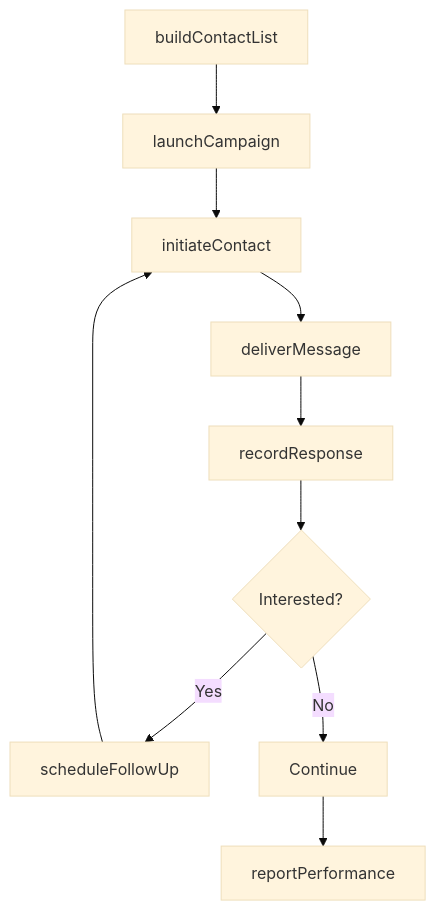
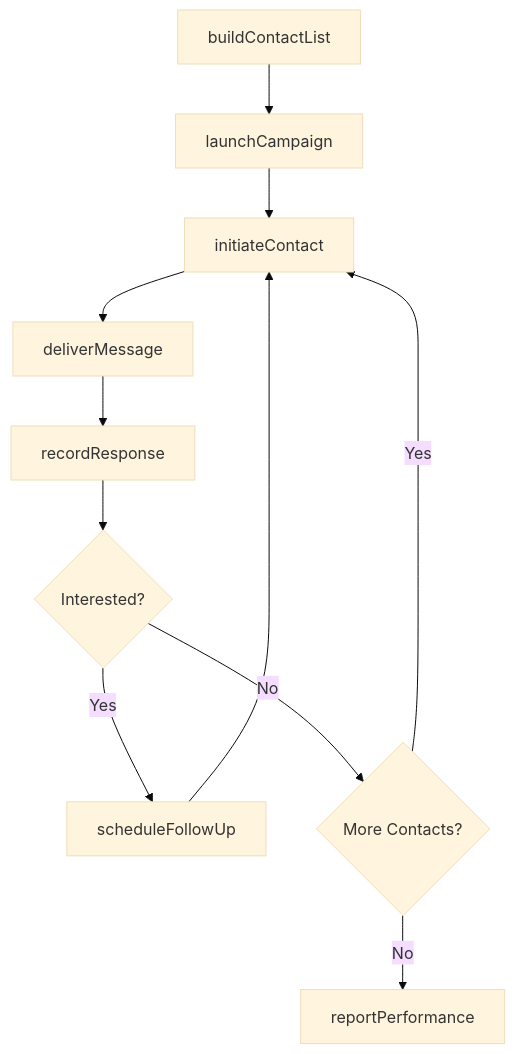
Before and after one commit to dot-org-ai/tasks.org.ai: the third of 4 diagrams in SellingOrInfluencingOthers/PromoteProductsServicesOrPrograms/ContactCurrentPotentialCustomersPromote.mdx, drawn with Mermaid (base theme). The commit also changed other lines of this file and 504 other files, not shown here.

First line of the commit message:
feat: Add ER diagrams, state diagrams, and workflow improvements to 96 DWA task files

````diff
--- a/SellingOrInfluencingOthers/PromoteProductsServicesOrPrograms/ContactCurrentPotentialCustomersPromote.mdx
+++ b/SellingOrInfluencingOthers/PromoteProductsServicesOrPrograms/ContactCurrentPotentialCustomersPromote.mdx
@@ -87,12 +115,13 @@
 ```mermaid
 graph TD
     A[buildContactList] --> B[launchCampaign]
     B --> C[initiateContact]
     C --> D[deliverMessage]
     D --> E[recordResponse]
     E --> F{Interested?}
     F -->|Yes| G[scheduleFollowUp]
-    F -->|No| H[Continue]
+    F -->|No| H{More Contacts?}
     G --> C
-    H --> I[reportPerformance]
+    H -->|Yes| C
+    H -->|No| I[reportPerformance]
 ```
````
